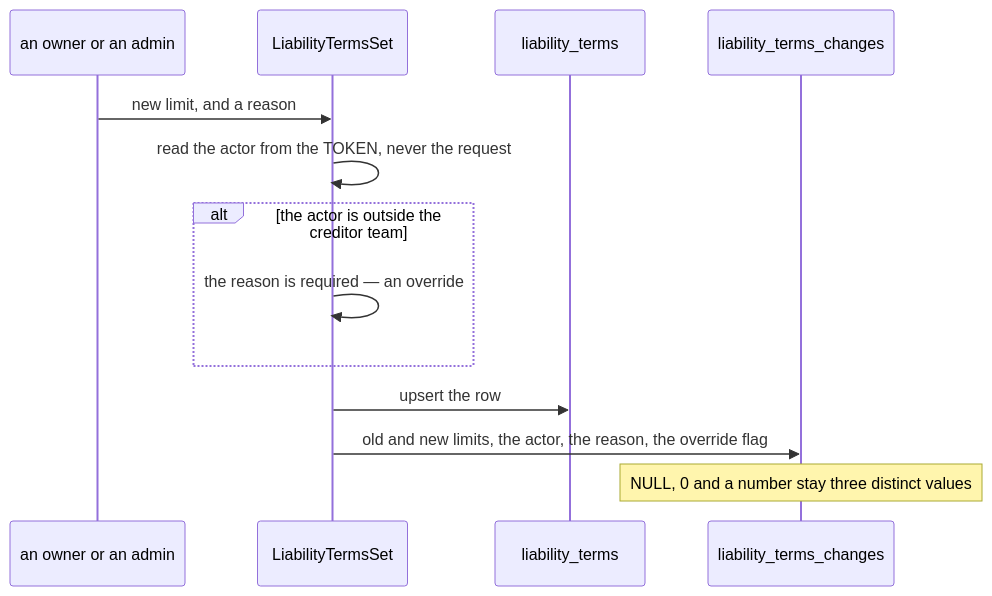
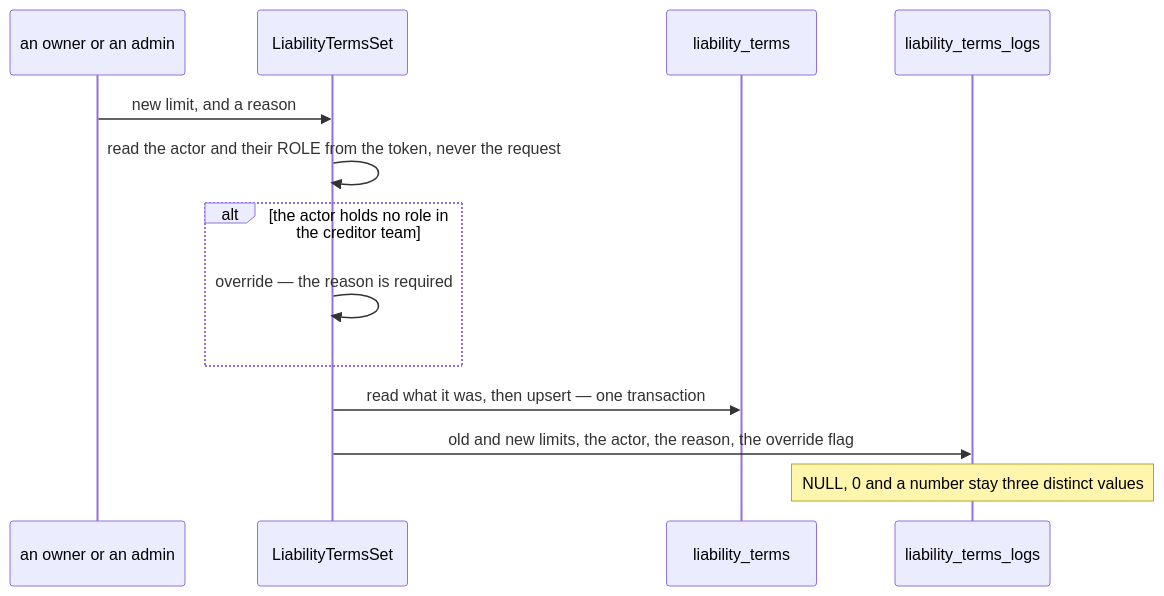
The fourth of 6 diagrams in docs/services/liability_service/rpc.md (pdcgo/warehouse_revamp), drawn with Mermaid before and after one commit. The commit also changed other lines of this file and 12 other files, not shown here.

````diff
--- a/docs/services/liability_service/rpc.md
+++ b/docs/services/liability_service/rpc.md
@@ -335,16 +341,16 @@
 ```mermaid
 sequenceDiagram
     participant U as an owner or an admin
     participant S as LiabilityTermsSet
     participant T as liability_terms
-    participant L as liability_terms_changes
+    participant L as liability_terms_logs
 
     U->>S: new limit, and a reason
-    S->>S: read the actor from the TOKEN, never the request
-    alt the actor is outside the creditor team
-        S->>S: the reason is required — an override
+    S->>S: read the actor and their ROLE from the token, never the request
+    alt the actor holds no role in the creditor team
+        S->>S: override — the reason is required
     end
-    S->>T: upsert the row
+    S->>T: read what it was, then upsert — one transaction
     S->>L: old and new limits, the actor, the reason, the override flag
     Note over L: NULL, 0 and a number stay three distinct values
 ```
````
